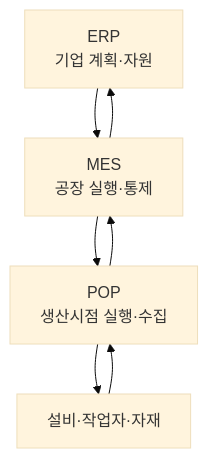
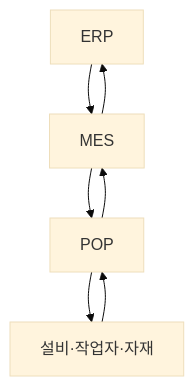
One commit to agnusdei1207/study changed the fourth of 4 diagrams in src/content/docs/notes/itpe/01-it-strategy/038_pop.md. Above: the diagram before and after it, drawn with Mermaid (base theme). The commit also changed other lines of this file and 19 other files, not shown here.

````diff
--- a/src/content/docs/notes/itpe/01-it-strategy/038_pop.md
+++ b/src/content/docs/notes/itpe/01-it-strategy/038_pop.md
@@ -139,9 +125,9 @@
 ```mermaid
 flowchart TB
-    ERP[ERP<br/>기업 계획·자원] --> MES[MES<br/>공장 실행·통제]
-    MES --> POP[POP<br/>생산시점 실행·수집]
-    POP --> EQ[설비·작업자·자재]
+    ERP["ERP"] --> MES["MES"]
+    MES --> POP["POP"]
+    POP --> EQ["설비·작업자·자재"]
     EQ --> POP
     POP --> MES
     MES --> ERP
 ```
````
